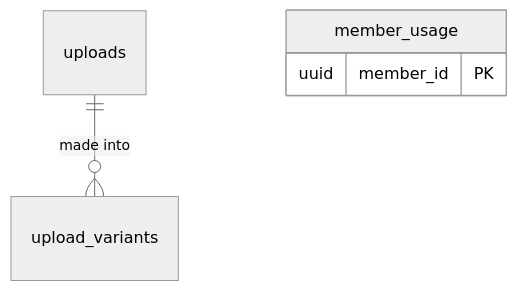
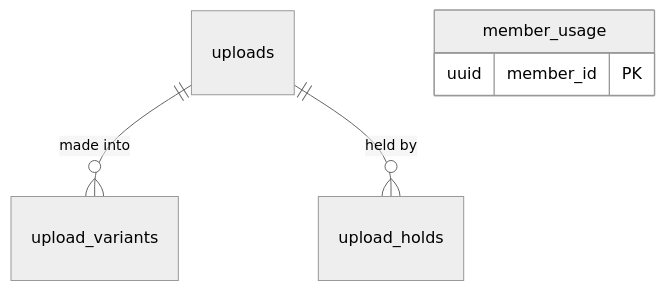
Before and after one commit to Chetardie/chaku: the eighth of 8 diagrams in docs/architecture/data-model.md, drawn with Mermaid (neutral theme). The commit also changed other lines of this file and 12 other files, not shown here.

````diff
--- a/docs/architecture/data-model.md
+++ b/docs/architecture/data-model.md
@@ -1114,7 +1117,8 @@
 ```mermaid
 erDiagram
   uploads ||--o{ upload_variants : "made into"
+  uploads ||--o{ upload_holds : "held by"
   member_usage {
     uuid member_id PK
   }
 ```
````
